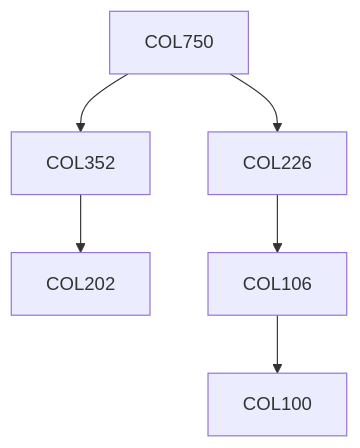
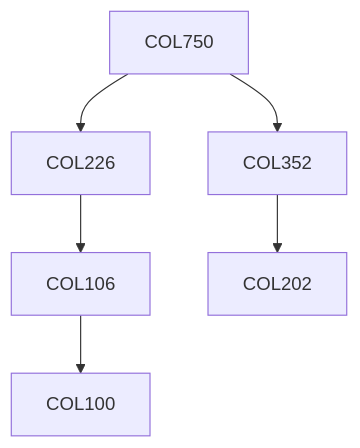
Before and after one commit to KeshavBansal0122/CoS_Website: the diagram in content/Computer Science and Engineering/COL750.md, drawn with Mermaid. The commit also changed other lines of this file and 2662 other files, not shown here.

````diff
--- a/content/Computer Science and Engineering/COL750.md
+++ b/content/Computer Science and Engineering/COL750.md
@@ -15,12 +15,12 @@
 ```mermaid
 flowchart TD
 COL750-208[COL750]
+COL106-208 --> COL100-208[COL100]
+COL750-208 --> COL226-208[COL226]
+COL226-208 --> COL106-208[COL106]
 COL352-208 --> COL202-208[COL202]
 COL750-208 --> COL352-208[COL352]
-COL750-208 --> COL226-208[COL226]
-COL226-208 --> COL106-208[COL106]
-COL106-208 --> COL100-208[COL100]
 
 classDef empty height:17px, fill:transparent, stroke:transparent;
 classDef trueEmpty height:0px, width:0px;
 ```
````
